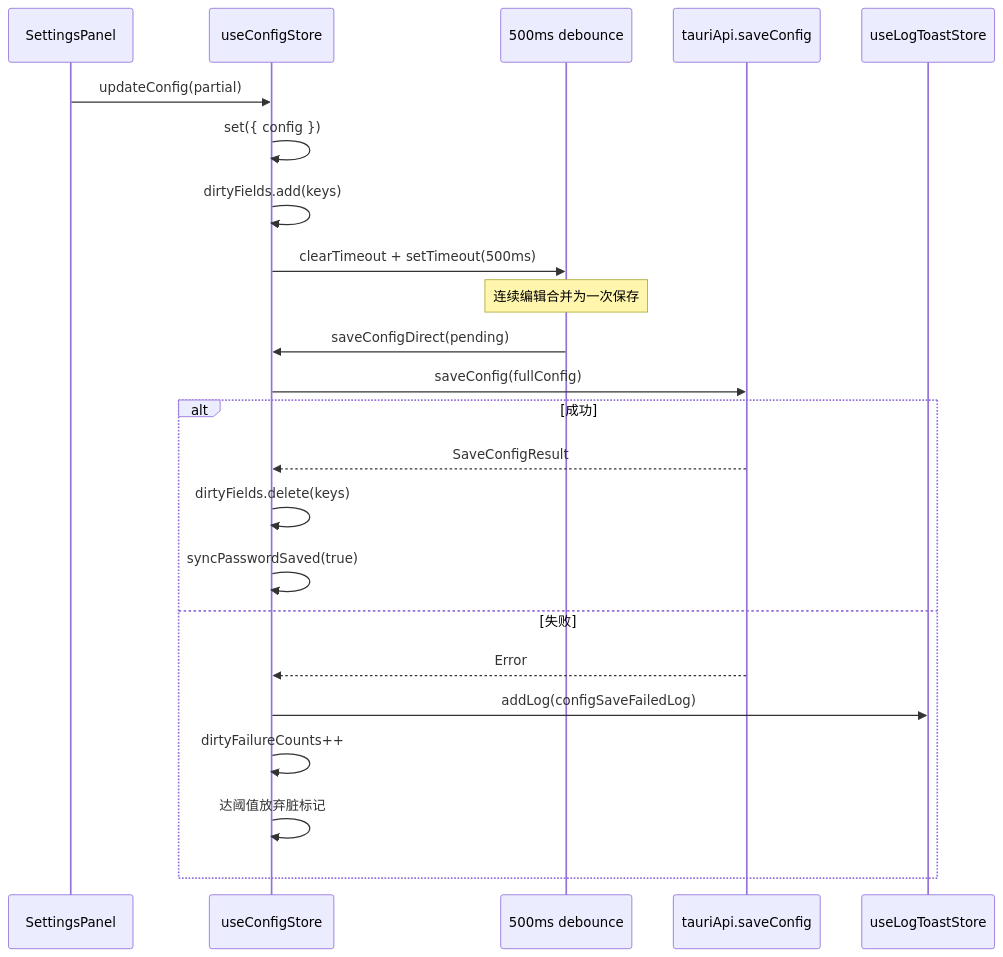
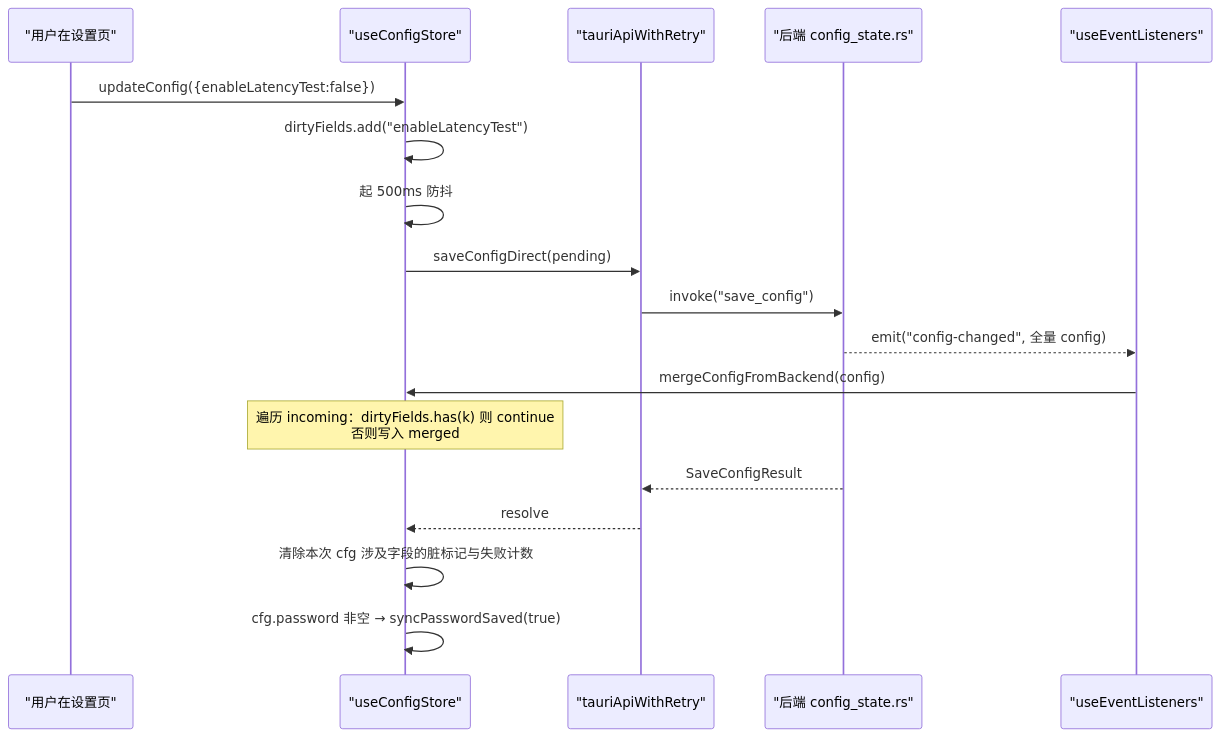
The eighth of 17 diagrams in .codewiki/modules/android-frontend-hooks-state-stores.md (ikliml666/Wxxy-CampusLogin), drawn with Mermaid before and after one commit. The commit also changed other lines of this file and 3 other files, not shown here.

````diff
--- a/.codewiki/modules/android-frontend-hooks-state-stores.md
+++ b/.codewiki/modules/android-frontend-hooks-state-stores.md
@@ -216,26 +339,21 @@
 ```mermaid
 sequenceDiagram
-    participant UI as SettingsPanel
-    participant CS as useConfigStore
-    participant Timer as 500ms debounce
-    participant API as tauriApi.saveConfig
-    participant LS as useLogToastStore
+    participant U as "用户在设置页"
+    participant CS as "useConfigStore"
+    participant API as "tauriApiWithRetry"
+    participant BE as "后端 config_state.rs"
+    participant EL as "useEventListeners"
 
-    UI->>CS: updateConfig(partial)
-    CS->>CS: set({ config })
-    CS->>CS: dirtyFields.add(keys)
-    CS->>Timer: clearTimeout + setTimeout(500ms)
-    Note over Timer: 连续编辑合并为一次保存
-    Timer->>CS: saveConfigDirect(pending)
-    CS->>API: saveConfig(fullConfig)
-    alt 成功
-        API-->>CS: SaveConfigResult
-        CS->>CS: dirtyFields.delete(keys)
-        CS->>CS: syncPasswordSaved(true)
-    else 失败
-        API-->>CS: Error
-        CS->>LS: addLog(configSaveFailedLog)
-        CS->>CS: dirtyFailureCounts++
-        CS->>CS: 达阈值放弃脏标记
-    end
+    U->>CS: updateConfig({enableLatencyTest:false})
+    CS->>CS: dirtyFields.add("enableLatencyTest")
+    CS->>CS: 起 500ms 防抖
+    CS->>API: saveConfigDirect(pending)
+    API->>BE: invoke("save_config")
+    BE-->>EL: emit("config-changed", 全量 config)
+    EL->>CS: mergeConfigFromBackend(config)
+    Note over CS: 遍历 incoming：dirtyFields.has(k) 则 continue<br/>否则写入 merged
+    BE-->>API: SaveConfigResult
+    API-->>CS: resolve
+    CS->>CS: 清除本次 cfg 涉及字段的脏标记与失败计数
+    CS->>CS: cfg.password 非空 → syncPasswordSaved(true)
 ```
````
